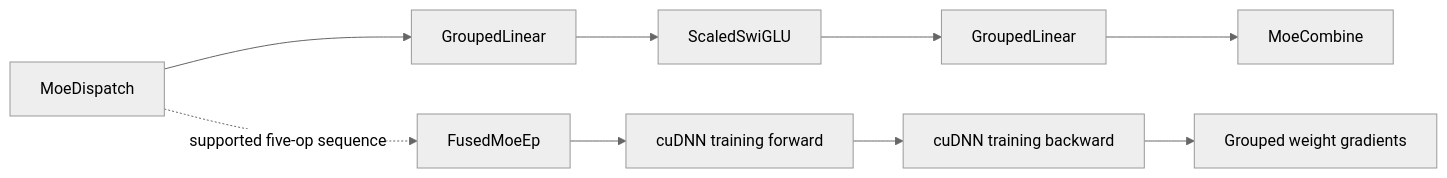
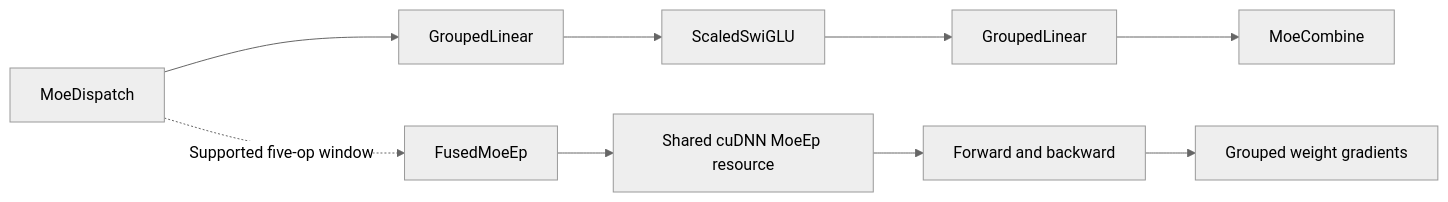
Before and after one commit to yuguo-Jack/HCU-TrainFlow: the diagram in knowledge/projects/transformer-engine/knowledgebase/upstream/prs/NVIDIA--TransformerEngine/PR-3350.md, drawn with Mermaid. The commit also changed other lines of this file and 42044 other files, not shown here.

````diff
--- a/knowledge/projects/transformer-engine/knowledgebase/upstream/prs/NVIDIA--TransformerEngine/PR-3350.md
+++ b/knowledge/projects/transformer-engine/knowledgebase/upstream/prs/NVIDIA--TransformerEngine/PR-3350.md
@@ -180,12 +194,12 @@
 ```mermaid
 %%{init: {'theme': 'neutral'}}%%
 flowchart LR
   A[MoeDispatch] --> B[GroupedLinear]
   B --> C[ScaledSwiGLU]
   C --> D[GroupedLinear]
   D --> E[MoeCombine]
-  A -. supported five-op sequence .-> F[FusedMoeEp]
-  F --> G[cuDNN training forward]
-  G --> H[cuDNN training backward]
+  A -. Supported five-op window .-> F[FusedMoeEp]
+  F --> G[Shared cuDNN MoeEp resource]
+  G --> H[Forward and backward]
   H --> I[Grouped weight gradients]
 ```
````
